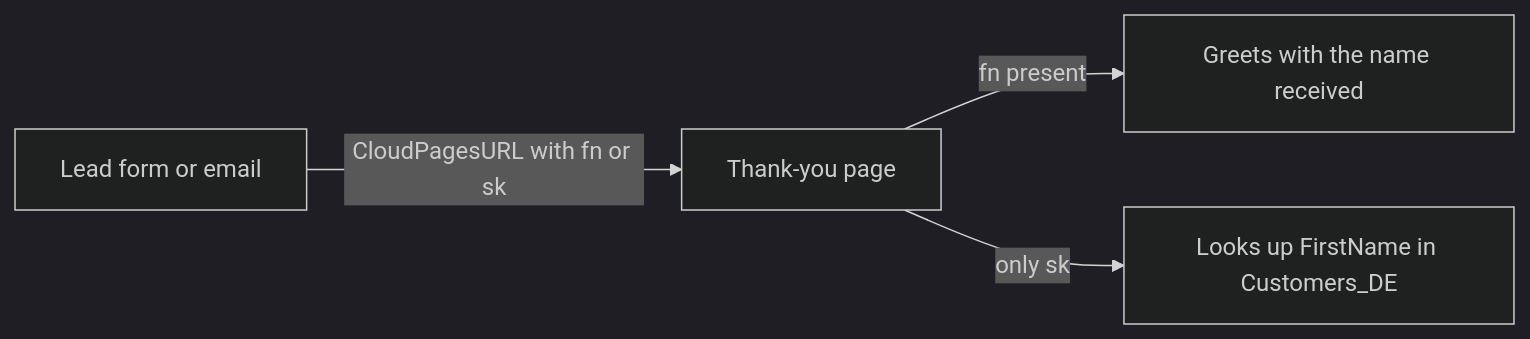
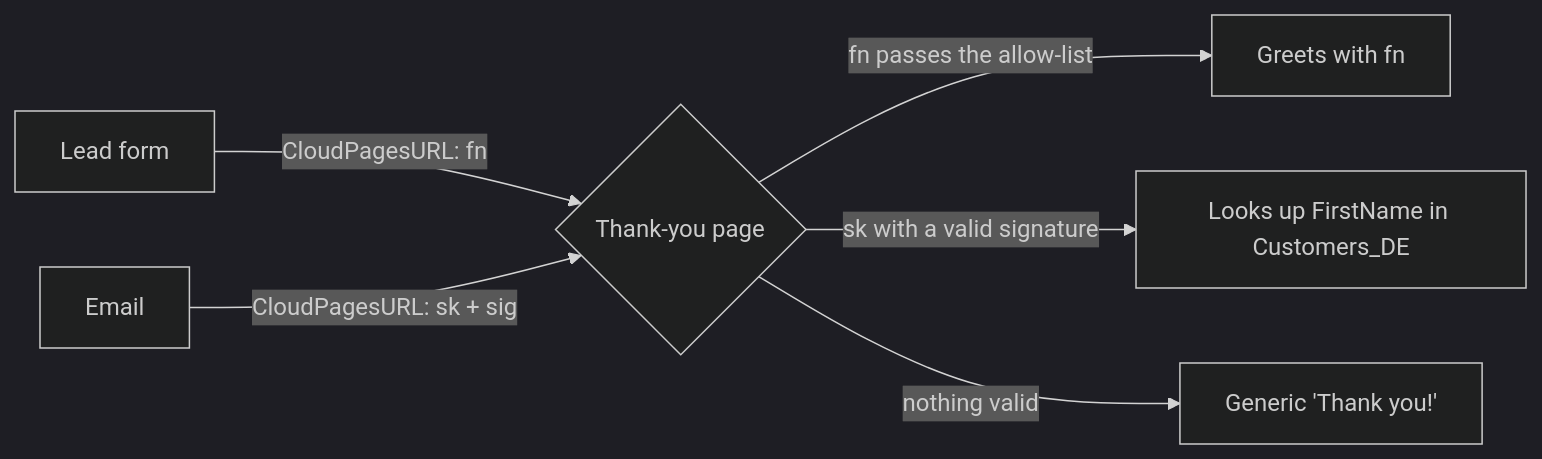
The diagram in cloudpages/thank-you-page/README.md (IgorBratti/sfmc-handbook), drawn with Mermaid (dark theme) before and after one commit. The commit also changed other lines of this file and 9 other files, not shown here.

Commit message:
Fix CloudPages security: signed links and allow-lists

````diff
--- a/cloudpages/thank-you-page/README.md
+++ b/cloudpages/thank-you-page/README.md
@@ -19,6 +19,8 @@
 ```mermaid
 flowchart LR
-  A[Lead form or email] -- CloudPagesURL with fn or sk --> B[Thank-you page]
-  B -- fn present --> C[Greets with the name received]
-  B -- only sk --> D[Looks up FirstName in Customers_DE]
+  A[Lead form] -- "CloudPagesURL: fn" --> C{Thank-you page}
+  B[Email] -- "CloudPagesURL: sk + sig" --> C
+  C -- "fn passes the allow-list" --> D[Greets with fn]
+  C -- "sk with a valid signature" --> E[Looks up FirstName in Customers_DE]
+  C -- "nothing valid" --> F[Generic 'Thank you!']
 ```
````
